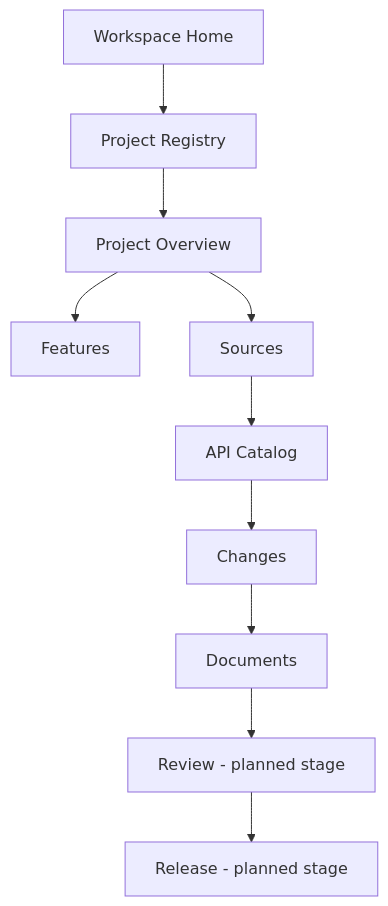
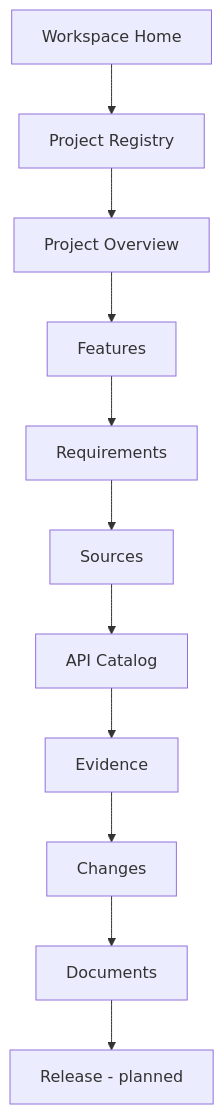
One commit to Fairuza050894/technical-documentation-platform changed the seventh of 7 diagrams in docs/product/user-flows.md. Above: the diagram before and after it, drawn with Mermaid. The commit also changed other lines of this file and 10 other files, not shown here.

````diff
--- a/docs/product/user-flows.md
+++ b/docs/product/user-flows.md
@@ -34,12 +118,13 @@
 ```mermaid
 flowchart TD
 H[Workspace Home] --> PR[Project Registry]
 PR --> O[Project Overview]
 O --> FT[Features]
-O --> SO[Sources]
+FT --> RQ[Requirements]
+RQ --> SO[Sources]
 SO --> AC[API Catalog]
-AC --> CH[Changes]
+AC --> EV[Evidence]
+EV --> CH[Changes]
 CH --> DO[Documents]
-DO --> RV[Review - planned stage]
-RV --> RL[Release - planned stage]
+DO --> RL[Release - planned]
 ```
````
